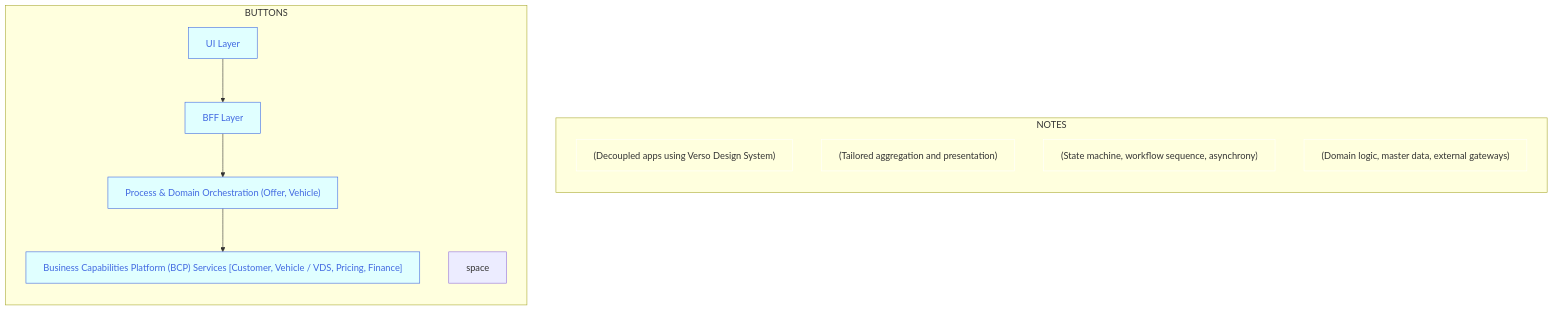
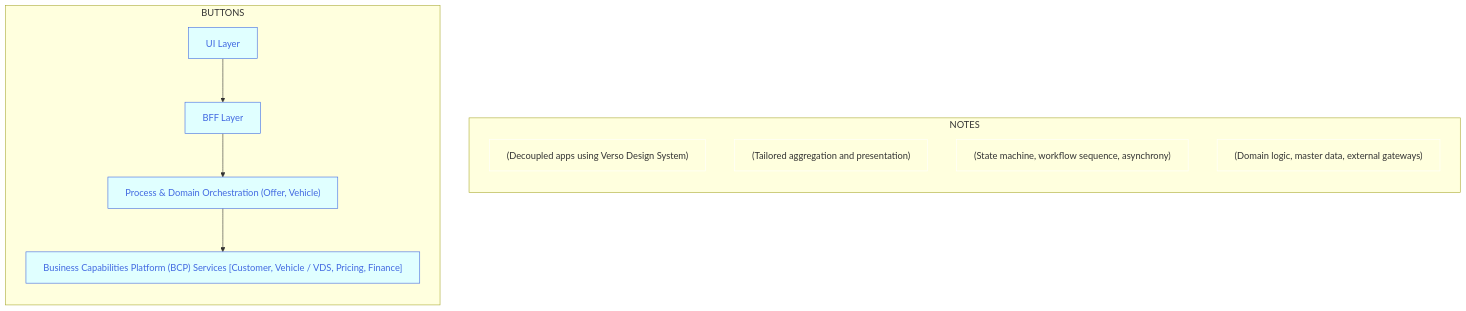
Before and after one commit to joe-dorward/samples: the diagram in buttons_mermaid_v3.md, drawn with Mermaid.

````diff
--- a/buttons_mermaid_v3.md
+++ b/buttons_mermaid_v3.md
@@ -3,47 +3,46 @@
 ```mermaid
   %%{
     init: {"flowchart": { "markdownAutoWrap":"false", "textWrap":"false", "wrappingWidth": "100%" }
     }
   }%%
   flowchart LR
 
   %% define styles
   classDef Button fill:lightcyan, stroke:royalblue, color:royalblue, text-align:left;
   classDef Note fill:transparent, stroke:white, text-align:left;
 
   subgraph BUTTONS
     direction TD
 
     BUTTON_01["UI Layer"]:::Button
-    space
     click BUTTON_01 "https://en.wikipedia.org/wiki/Main_Page" _blank
 
     BUTTON_02["BFF Layer"]:::Button
     click BUTTON_02 "https://en.wikipedia.org/wiki/Main_Page" _blank
 
     BUTTON_03["Process & Domain Orchestration (Offer, Vehicle)"]:::Button
     click BUTTON_03 "https://en.wikipedia.org/wiki/Main_Page" _blank
 
     BUTTON_04["Business Capabilities Platform (BCP) Services [Customer, Vehicle / VDS, Pricing, Finance]"]:::Button
     click BUTTON_04 "https://en.wikipedia.org/wiki/Main_Page" _blank
   end
 
   subgraph NOTES
     direction TD
     BUTTON_01_NOTE["(Decoupled apps using Verso Design System)"]:::Note
     BUTTON_02_NOTE["(Tailored aggregation and presentation)"]:::Note
     BUTTON_03_NOTE["(State machine, workflow sequence, asynchrony)"]:::Note
     BUTTON_04_NOTE["(Domain logic, master data, external gateways)"]:::Note
   end
-
+  %% ---------- ---------- ---------- ---------- ---------- ---------- ---------- ---------- ---------- ----------
   %% invisibly connect BUTTONS (sub-graph) to NOTES (sub-graph)
   BUTTONS~~~
   NOTES
-
+  %% ---------- ---------- ---------- ---------- ---------- ---------- ---------- ---------- ---------- ----------
+  %% connect buttons
   BUTTON_01-->
   BUTTON_02-->
   BUTTON_03-->
   BUTTON_04
-
-
+  %% ---------- ---------- ---------- ---------- ---------- ---------- ---------- ---------- ---------- ----------
 ```
````
